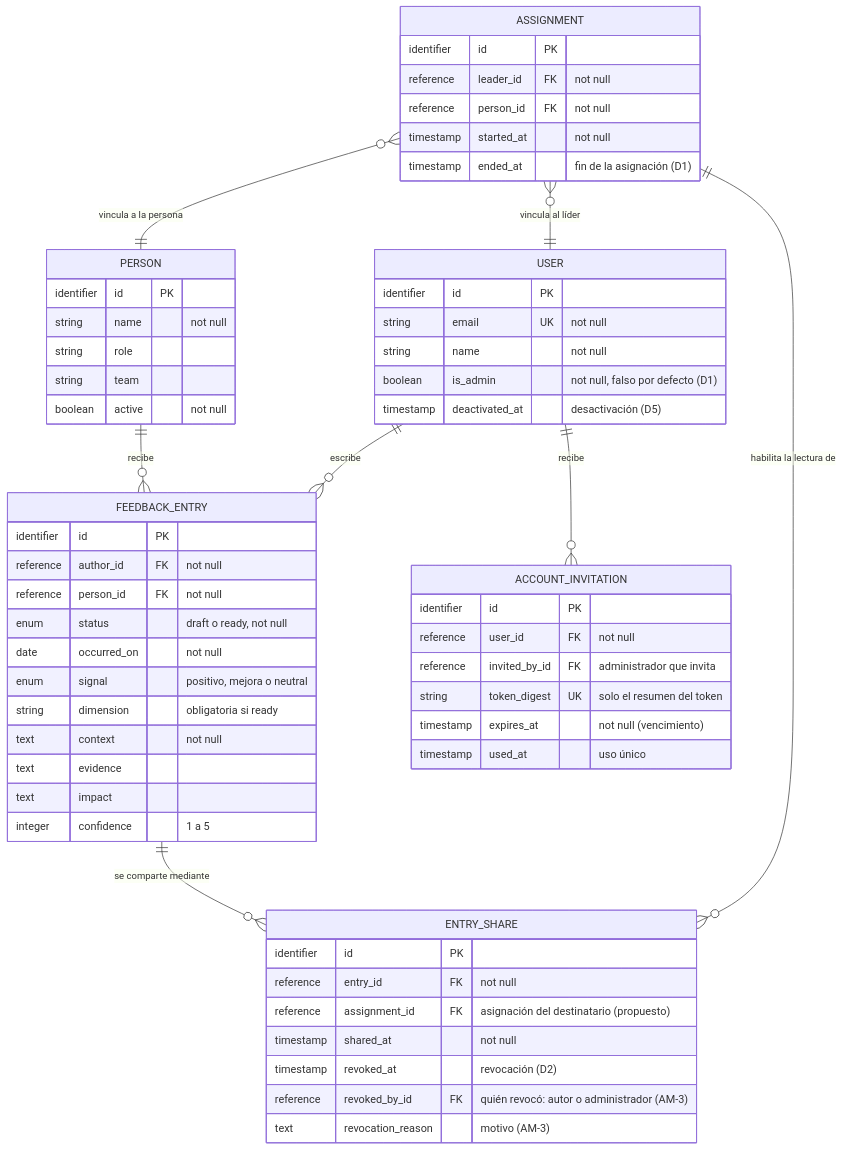
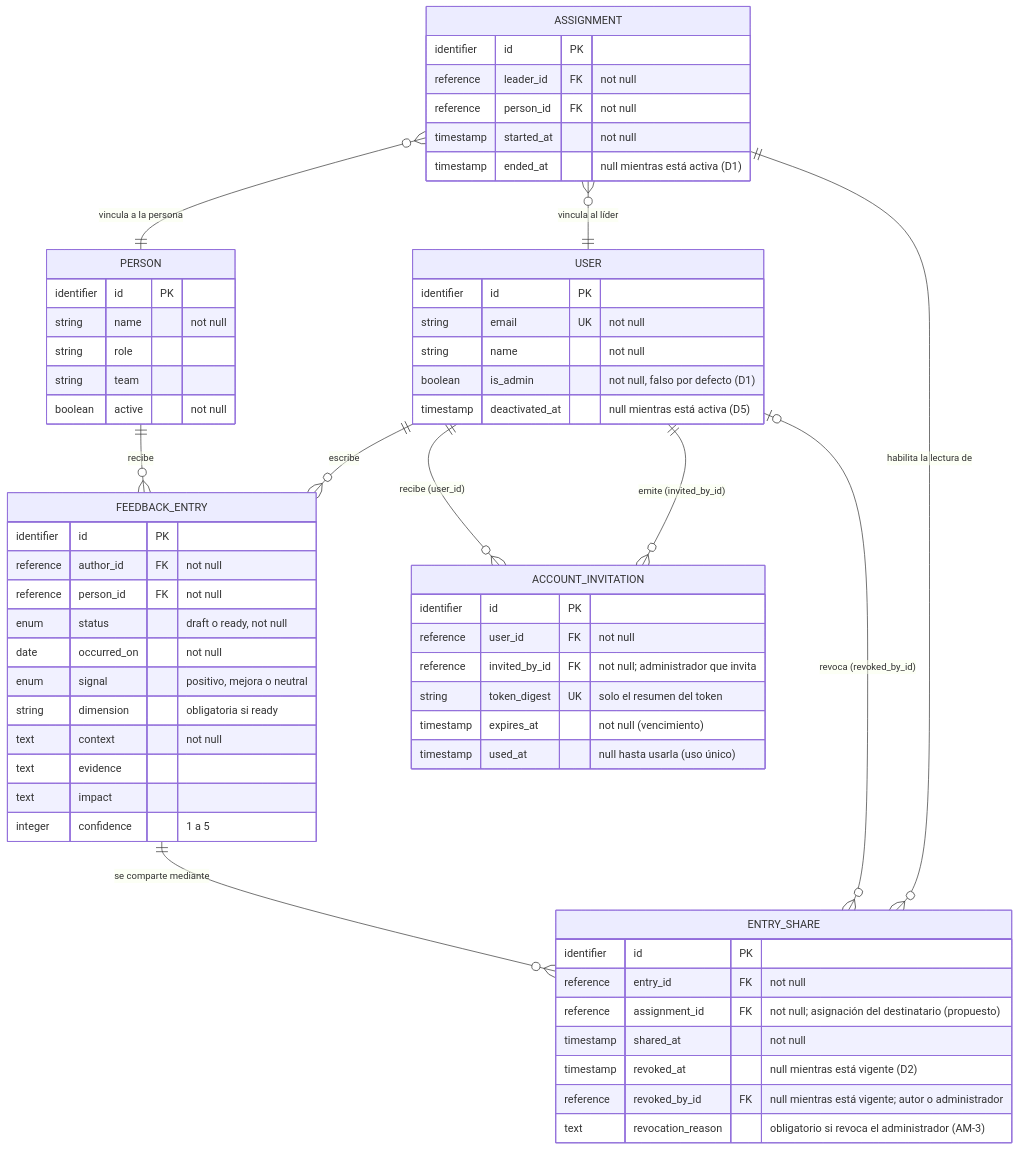
The fourth of 4 diagrams in README.md (pablo-wpify/ensayo-openspec-growth-log), drawn with Mermaid before and after one commit. The commit also changed other lines of this file and 4 other files, not shown here.

````diff
--- a/README.md
+++ b/README.md
@@ -432,61 +437,63 @@
 ```mermaid
 erDiagram
   ASSIGNMENT }o--|| PERSON : "vincula a la persona"
   ASSIGNMENT }o--|| USER : "vincula al líder"
   PERSON ||--o{ FEEDBACK_ENTRY : "recibe"
   USER ||--o{ FEEDBACK_ENTRY : "escribe"
   FEEDBACK_ENTRY ||--o{ ENTRY_SHARE : "se comparte mediante"
   ASSIGNMENT ||--o{ ENTRY_SHARE : "habilita la lectura de"
-  USER ||--o{ ACCOUNT_INVITATION : "recibe"
+  USER ||--o{ ACCOUNT_INVITATION : "recibe (user_id)"
+  USER ||--o{ ACCOUNT_INVITATION : "emite (invited_by_id)"
+  USER |o--o{ ENTRY_SHARE : "revoca (revoked_by_id)"
   USER {
     identifier id PK
     string email UK "not null"
     string name "not null"
     boolean is_admin "not null, falso por defecto (D1)"
-    timestamp deactivated_at "desactivación (D5)"
+    timestamp deactivated_at "null mientras está activa (D5)"
   }
   PERSON {
     identifier id PK
     string name "not null"
     string role
     string team
     boolean active "not null"
   }
   ASSIGNMENT {
     identifier id PK
     reference leader_id FK "not null"
     reference person_id FK "not null"
     timestamp started_at "not null"
-    timestamp ended_at "fin de la asignación (D1)"
+    timestamp ended_at "null mientras está activa (D1)"
   }
   FEEDBACK_ENTRY {
     identifier id PK
     reference author_id FK "not null"
     reference person_id FK "not null"
     enum status "draft o ready, not null"
     date occurred_on "not null"
     enum signal "positivo, mejora o neutral"
     string dimension "obligatoria si ready"
     text context "not null"
     text evidence
     text impact
     integer confidence "1 a 5"
   }
   ENTRY_SHARE {
     identifier id PK
     reference entry_id FK "not null"
-    reference assignment_id FK "asignación del destinatario (propuesto)"
+    reference assignment_id FK "not null; asignación del destinatario (propuesto)"
     timestamp shared_at "not null"
-    timestamp revoked_at "revocación (D2)"
-    reference revoked_by_id FK "quién revocó: autor o administrador (AM-3)"
-    text revocation_reason "motivo (AM-3)"
+    timestamp revoked_at "null mientras está vigente (D2)"
+    reference revoked_by_id FK "null mientras está vigente; autor o administrador"
+    text revocation_reason "obligatorio si revoca el administrador (AM-3)"
   }
   ACCOUNT_INVITATION {
     identifier id PK
     reference user_id FK "not null"
-    reference invited_by_id FK "administrador que invita"
+    reference invited_by_id FK "not null; administrador que invita"
     string token_digest UK "solo el resumen del token"
     timestamp expires_at "not null (vencimiento)"
-    timestamp used_at "uso único"
+    timestamp used_at "null hasta usarla (uso único)"
   }
 ```
````
